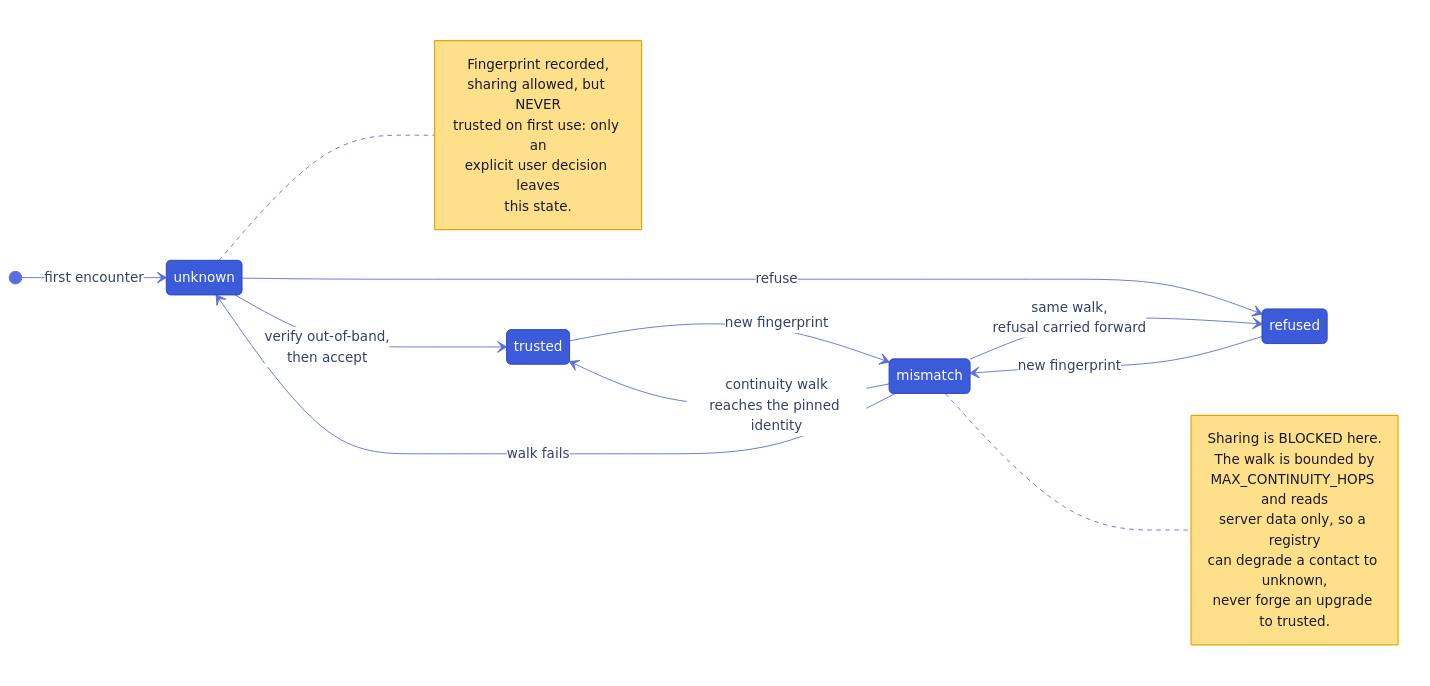
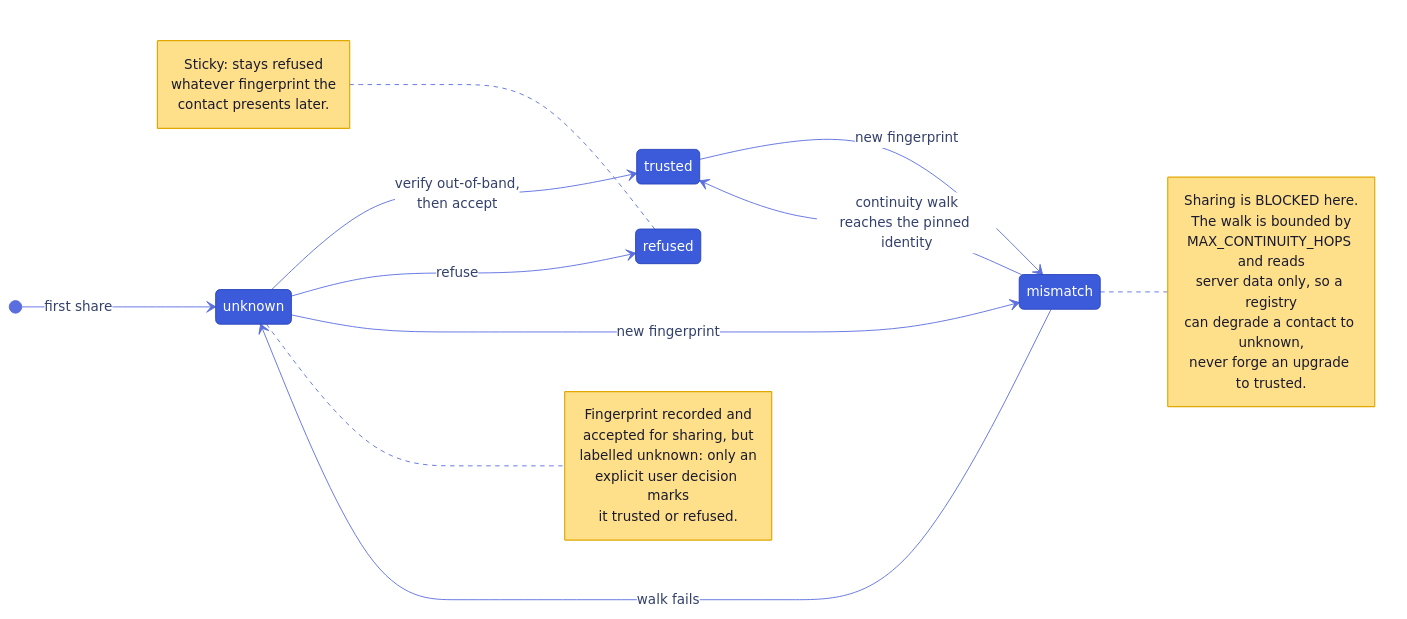
One commit to suitenumerique/encryption changed the sixth of 22 diagrams in architecture.md. Above: the diagram before and after it, drawn with Mermaid. The commit also changed other lines of this file, not shown here.

````diff
--- a/architecture.md
+++ b/architecture.md
@@ -395,28 +675,32 @@
 ```mermaid
 %%{init: {'theme':'base','themeVariables':{'fontSize':'15px','primaryColor':'#3b5bdb','primaryTextColor':'#fff','primaryBorderColor':'#2942b8','lineColor':'#5b6ee0','tertiaryColor':'#fff','labelBackgroundColor':'#ffffff','edgeLabelBackground':'#ffffff','transitionColor':'#5b6ee0','transitionLabelColor':'#33406b','noteBkgColor':'#ffe08a','noteTextColor':'#1a1a2e','noteBorderColor':'#e0a800'},'themeCSS':'.edgeLabel p{background-color:#fff;padding:4px 10px;border-radius:5px;margin:0;} .edgeLabel .labelBkg{background:transparent;} .statediagram-state .nodeLabel p{font-size:15px;padding:5px 12px;margin:0;}','stateDiagram':{'nodeSpacing':70,'rankSpacing':110,'useMaxWidth':true}}}%%
 stateDiagram-v2
   direction LR
-  [*] --> unknown: first encounter
+  [*] --> unknown: first share
   unknown --> trusted: verify out-of-band,<br/>then accept
   unknown --> refused: refuse
   trusted --> mismatch: new fingerprint
-  refused --> mismatch: new fingerprint
+  unknown --> mismatch: new fingerprint
   mismatch --> trusted: continuity walk<br/>reaches the pinned identity
-  mismatch --> refused: same walk,<br/>refusal carried forward
   mismatch --> unknown: walk fails
   note right of unknown
-    Fingerprint recorded,
-    sharing allowed, but NEVER
-    trusted on first use: only an
-    explicit user decision leaves
-    this state.
+    Fingerprint recorded and
+    accepted for sharing, but
+    labelled unknown: only an
+    explicit user decision marks
+    it trusted or refused.
+  end note
+  note left of refused
+    Sticky: stays refused
+    whatever fingerprint the
+    contact presents later.
   end note
   note right of mismatch
     Sharing is BLOCKED here.
     The walk is bounded by
     MAX_CONTINUITY_HOPS and reads
     server data only, so a registry
     can degrade a contact to unknown,
     never forge an upgrade to trusted.
   end note
 ```
````
